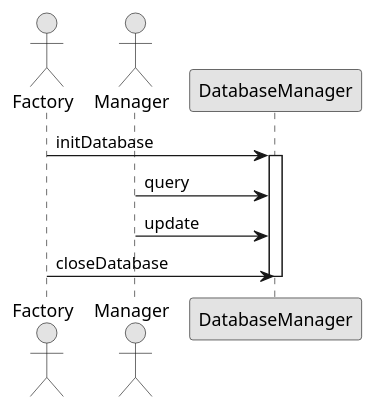
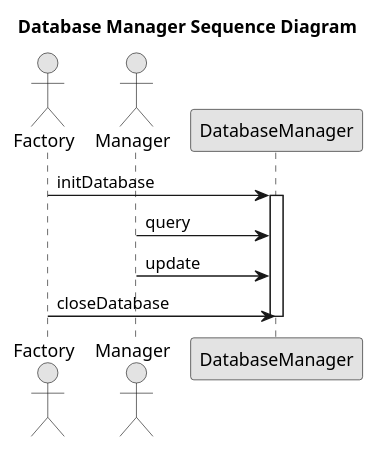
The diagram in docs/sequence_uml/database_manager.puml (avrocha/plant-floor-control), drawn with PlantUML before and after one commit. The commit also changed 35 other files, not shown here.

Commit message:
UML: Added titles, organized images and created generation script

```diff
--- a/docs/sequence_uml/database_manager.puml
+++ b/docs/sequence_uml/database_manager.puml
@@ -1,18 +1,20 @@
 @startuml
 skinparam linetype ortho
 skinparam Monochrome true
 skinparam classAttributeIconSize 0
+
+title Database Manager Sequence Diagram
 
 actor Factory as Factory
 actor Manager as Manager
 
 Factory -> DatabaseManager: initDatabase
 activate DatabaseManager
 
 DatabaseManager <- Manager: query
 
 DatabaseManager <- Manager: update
 
 Factory -> DatabaseManager: closeDatabase
 deactivate DatabaseManager
 @enduml
```
